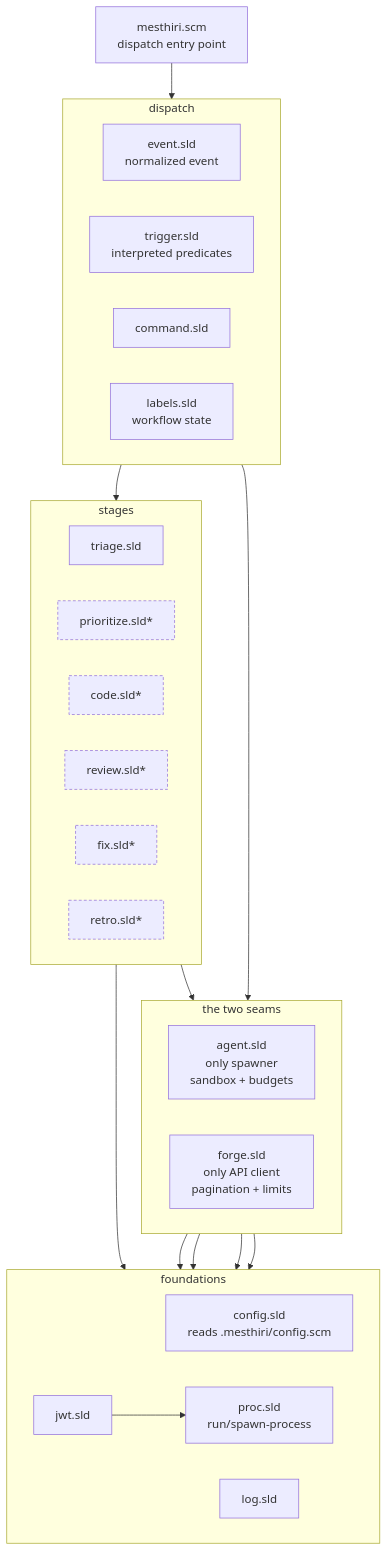
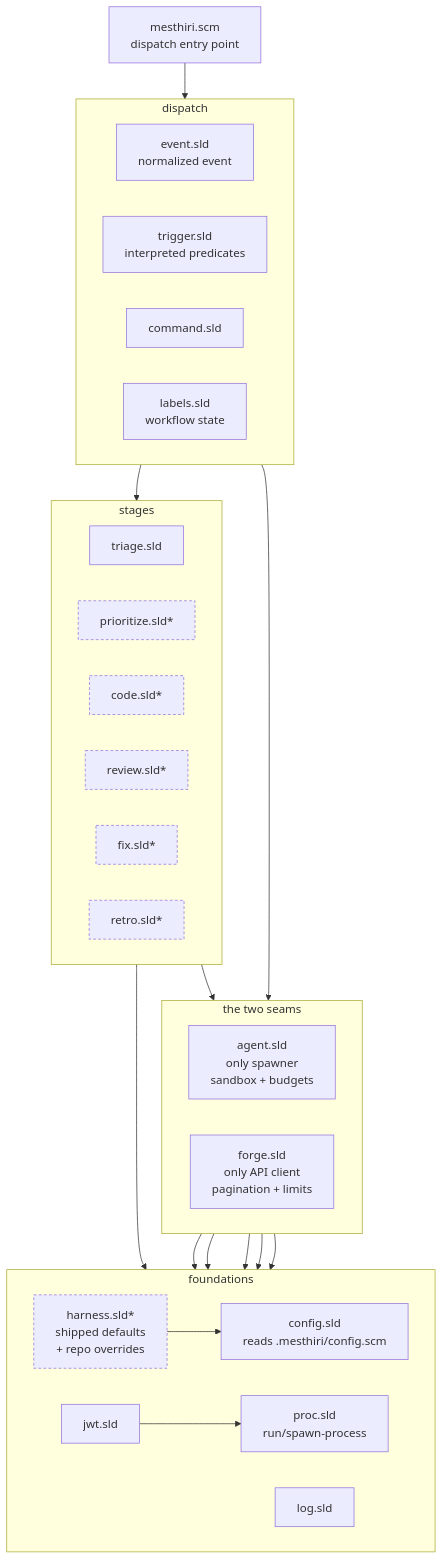
The sixth of 7 diagrams in docs/architecture.md (mesthiri/mesthiri), drawn with Mermaid before and after one commit. The commit also changed other lines of this file, not shown here.

````diff
--- a/docs/architecture.md
+++ b/docs/architecture.md
@@ -199,50 +214,54 @@
 ```mermaid
 flowchart TD
   client["mesthiri.scm<br/>dispatch entry point"]
 
   subgraph stages["stages"]
     direction LR
     triage["triage.sld"]
     prioritize["prioritize.sld*"]
     codestage["code.sld*"]
     review["review.sld*"]
     fixstage["fix.sld*"]
     retro["retro.sld*"]
   end
 
   subgraph disp["dispatch"]
     direction LR
     event["event.sld<br/>normalized event"]
     trigger["trigger.sld<br/>interpreted predicates"]
     command["command.sld"]
     labels["labels.sld<br/>workflow state"]
   end
 
   subgraph seams["the two seams"]
     direction LR
     agentmod["agent.sld<br/>only spawner<br/>sandbox + budgets"]
     forge["forge.sld<br/>only API client<br/>pagination + limits"]
   end
 
   subgraph base["foundations"]
     direction LR
     config["config.sld<br/>reads .mesthiri/config.scm"]
+    harness["harness.sld*<br/>shipped defaults<br/>+ repo overrides"]
     logmod["log.sld"]
     jwt["jwt.sld"]
     proc["proc.sld<br/>run/spawn-process"]
   end
 
   client --> disp
   disp --> stages
   stages --> seams
   disp --> seams
   seams --> base
   forge --> jwt
   jwt --> proc
   agentmod --> proc
   stages --> logmod
   seams --> config
 
+  agentmod --> harness
+  harness --> config
+
   classDef prov stroke-dasharray: 4 3
-  class prioritize,codestage,review,fixstage,retro prov
+  class prioritize,codestage,review,fixstage,retro,harness prov
 ```
````
